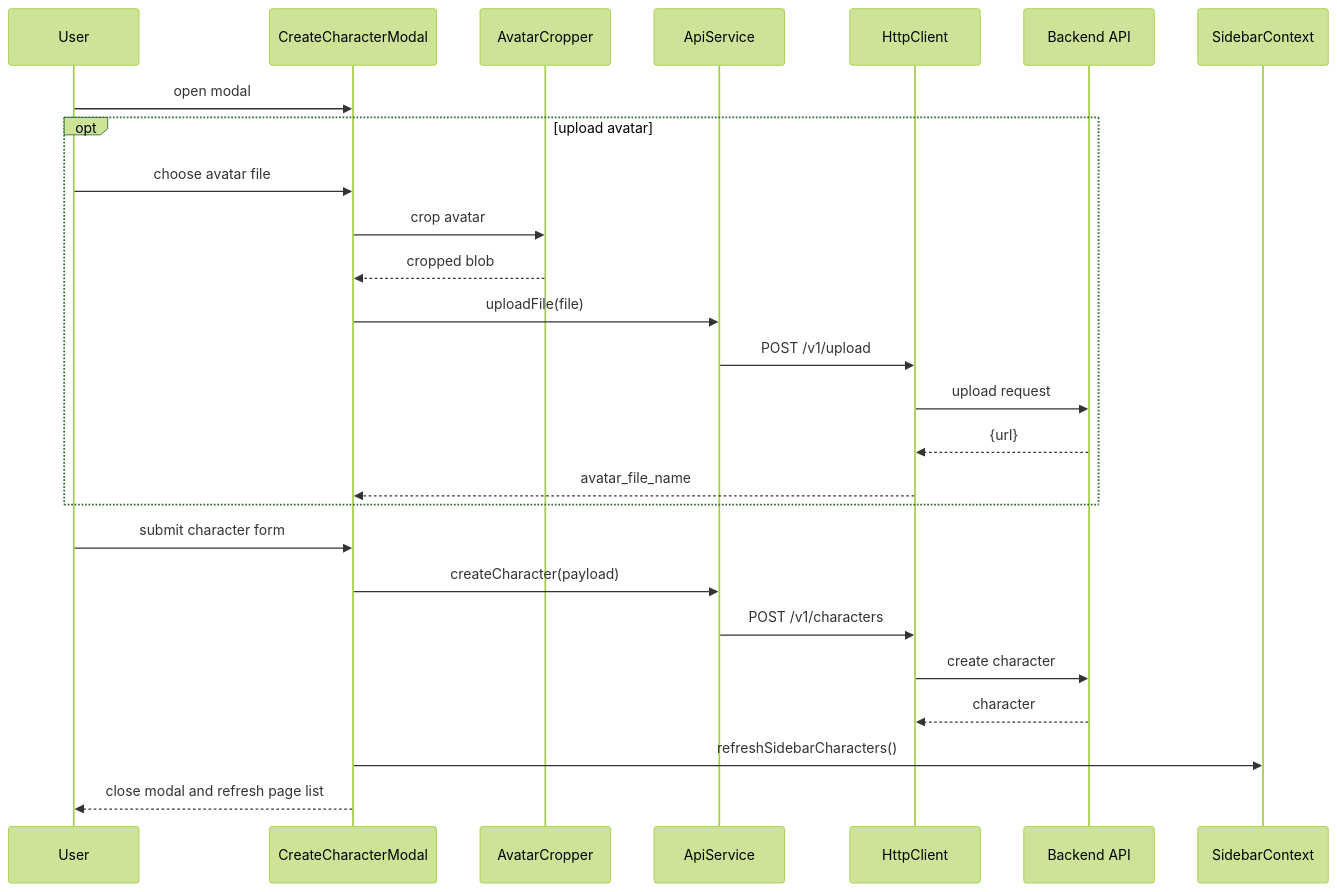
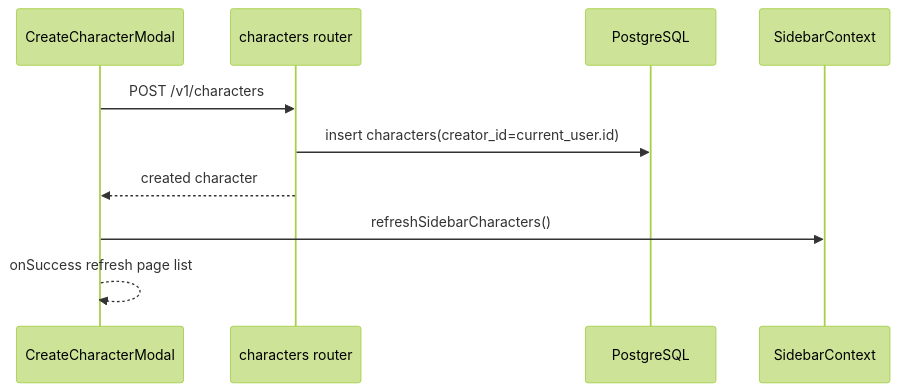
Before and after one commit to ChasePassion/role-playing: the seventh of 13 diagrams in .agent/project.md, drawn with Mermaid (forest theme). The commit also changed other lines of this file, not shown here.

````diff
--- a/.agent/project.md
+++ b/.agent/project.md
@@ -335,29 +428,13 @@
 ```mermaid
 sequenceDiagram
-    participant U as User
     participant CM as CreateCharacterModal
-    participant CR as AvatarCropper
-    participant AS as ApiService
-    participant HC as HttpClient
-    participant API as Backend API
+    participant CAR as characters router
+    participant DB as PostgreSQL
     participant SC as SidebarContext
 
-    U->>CM: open modal
-    opt upload avatar
-        U->>CM: choose avatar file
-        CM->>CR: crop avatar
-        CR-->>CM: cropped blob
-        CM->>AS: uploadFile(file)
-        AS->>HC: POST /v1/upload
-        HC->>API: upload request
-        API-->>HC: {url}
-        HC-->>CM: avatar_file_name
-    end
-    U->>CM: submit character form
-    CM->>AS: createCharacter(payload)
-    AS->>HC: POST /v1/characters
-    HC->>API: create character
-    API-->>HC: character
+    CM->>CAR: POST /v1/characters
+    CAR->>DB: insert characters(creator_id=current_user.id)
+    CAR-->>CM: created character
     CM->>SC: refreshSidebarCharacters()
-    CM-->>U: close modal and refresh page list
+    CM-->>CM: onSuccess refresh page list
 ```
````
